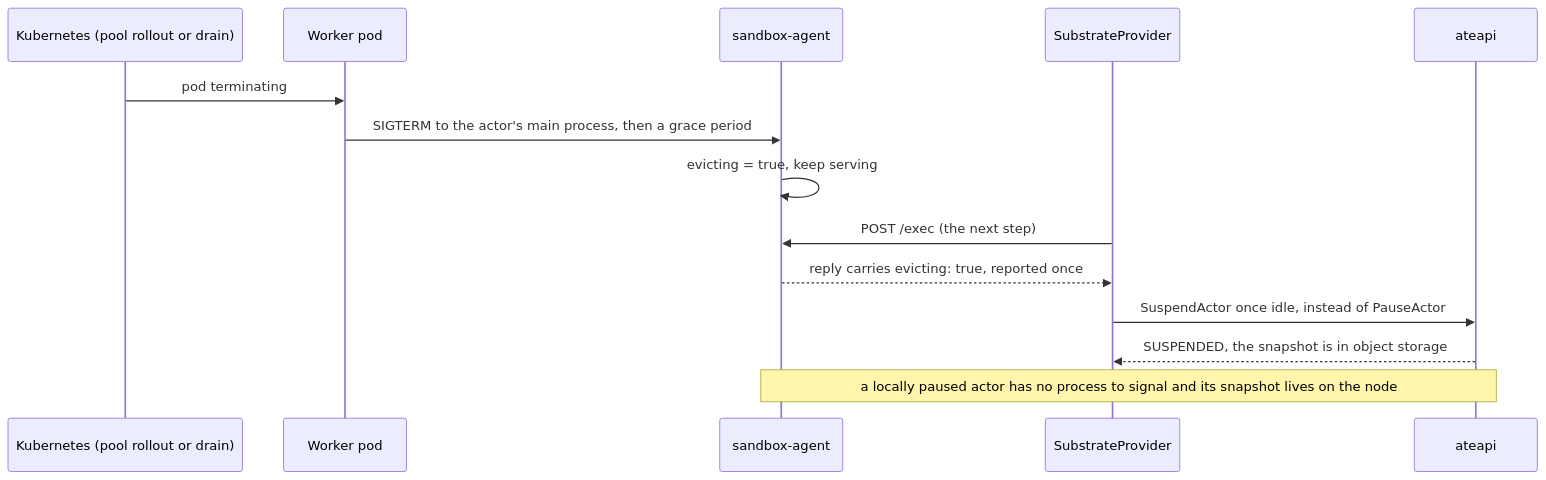
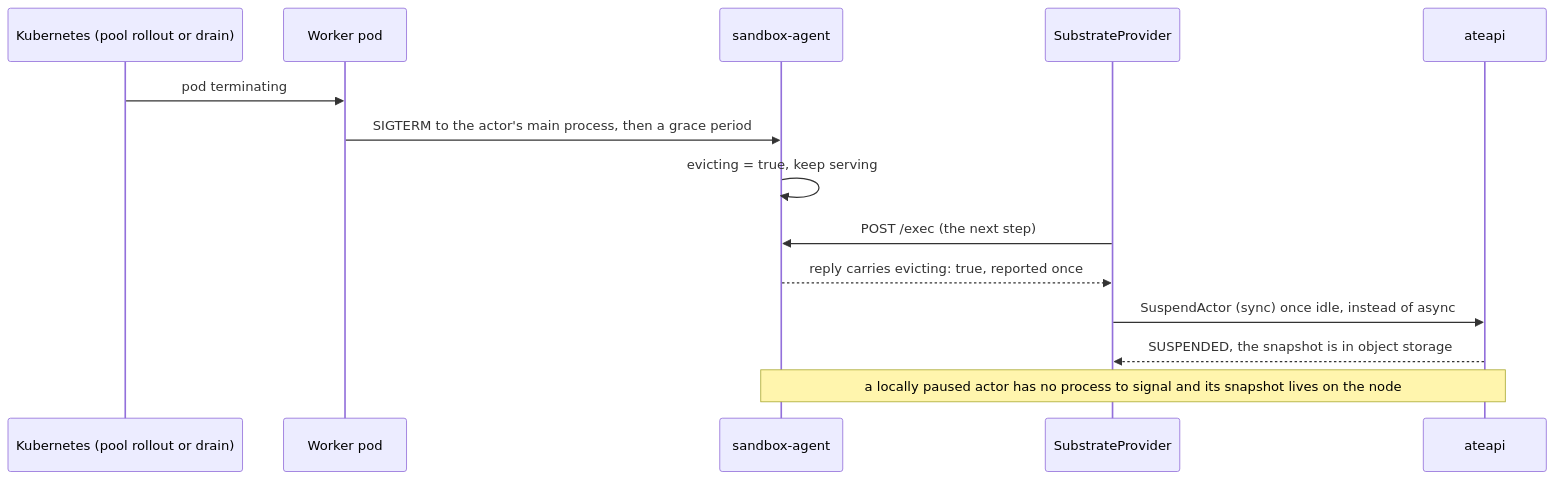
The sixth of 8 diagrams in docs/architecture.md (dims/gym-substrate), drawn with Mermaid before and after one commit. The commit also changed other lines of this file and 7 other files, not shown here.

````diff
--- a/docs/architecture.md
+++ b/docs/architecture.md
@@ -259,17 +259,17 @@
 ```mermaid
 sequenceDiagram
   participant K as Kubernetes (pool rollout or drain)
   participant W as Worker pod
   participant S as sandbox-agent
   participant P as SubstrateProvider
   participant A as ateapi
 
   K->>W: pod terminating
   W->>S: SIGTERM to the actor's main process, then a grace period
   S->>S: evicting = true, keep serving
   P->>S: POST /exec (the next step)
   S-->>P: reply carries evicting: true, reported once
-  P->>A: SuspendActor once idle, instead of PauseActor
+  P->>A: SuspendActor (sync) once idle, instead of async
   A-->>P: SUSPENDED, the snapshot is in object storage
   Note over S,A: a locally paused actor has no process to signal and its snapshot lives on the node
 ```
````
